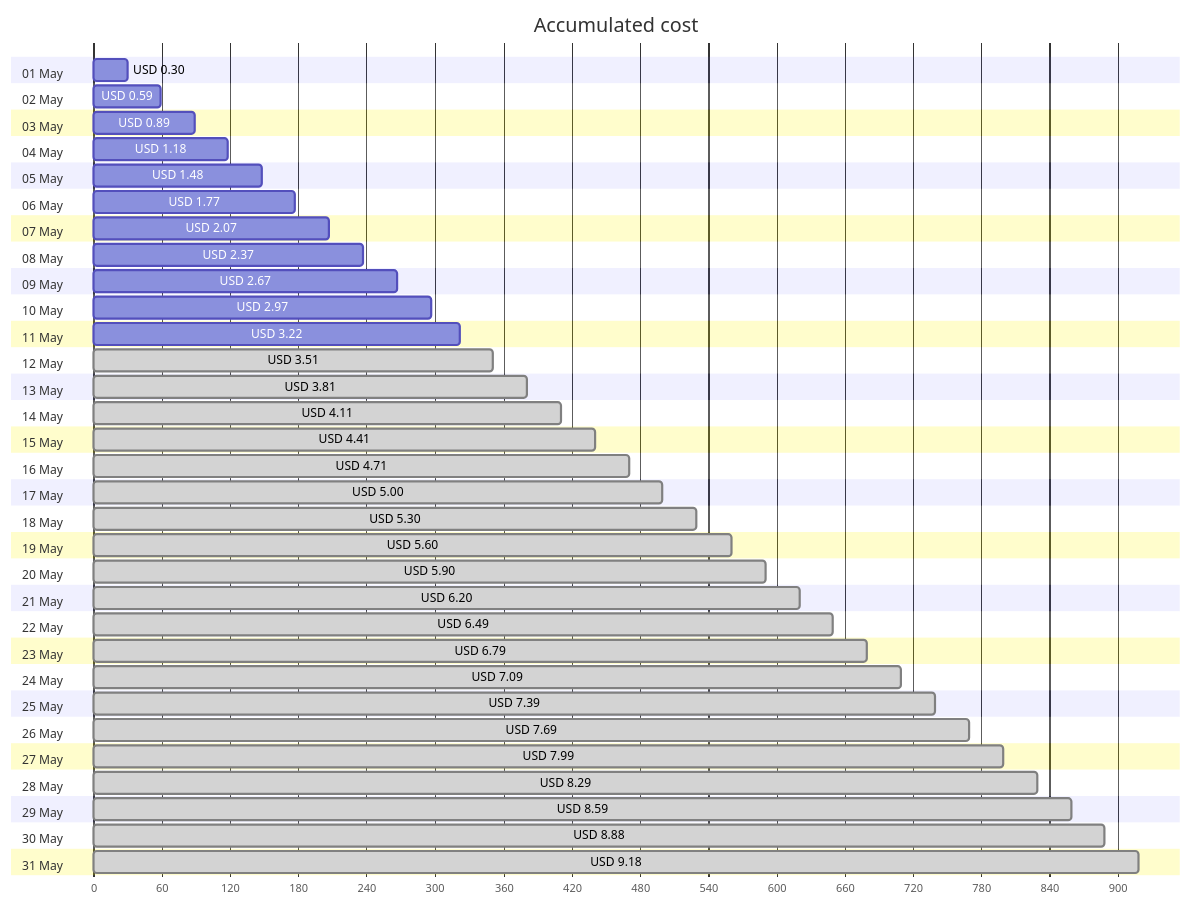
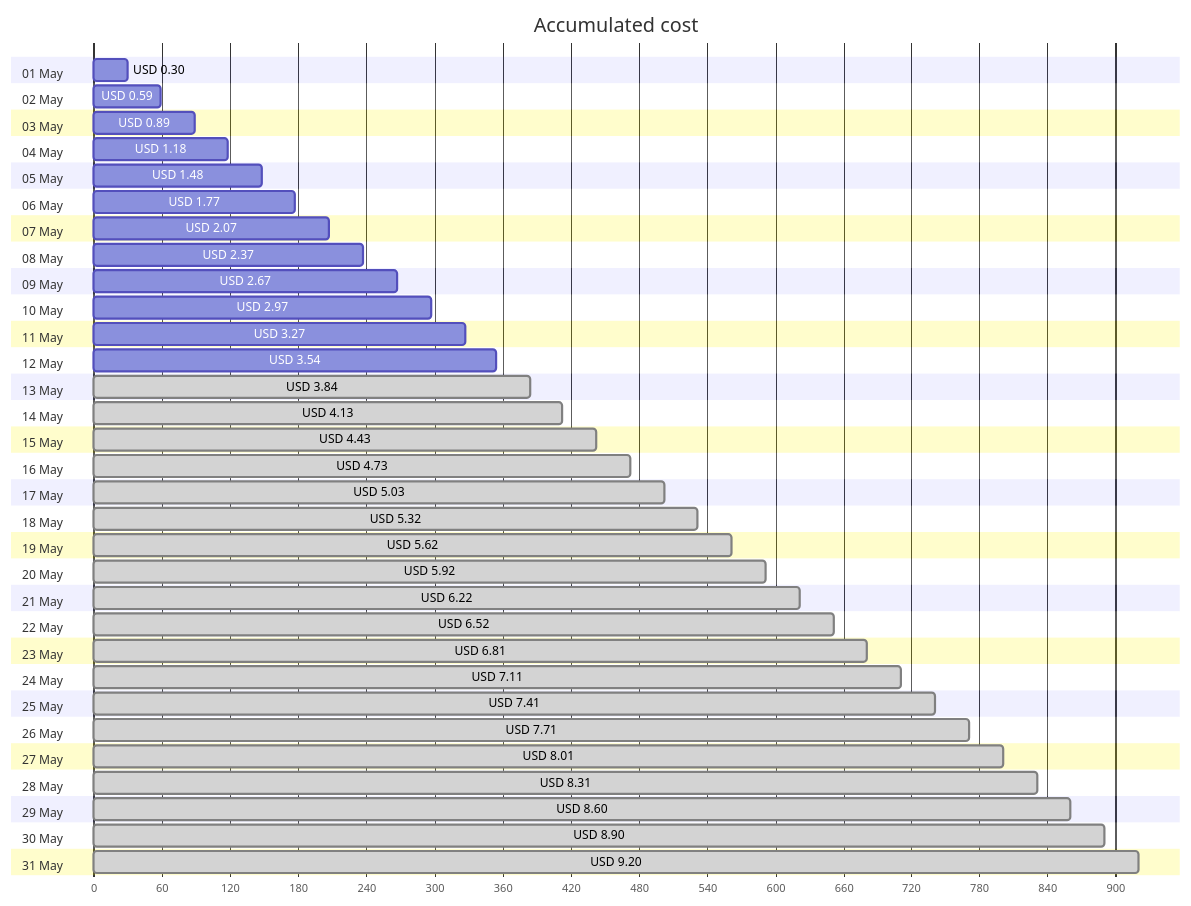
One commit to jpfulton/azure-personal-reports changed the first of 4 diagrams in cost-reports/personal-site/personal-site.md. Above: the diagram before and after it, drawn with Mermaid. The commit also changed other lines of this file and 6 other files, not shown here.

````diff
--- a/cost-reports/personal-site/personal-site.md
+++ b/cost-reports/personal-site/personal-site.md
@@ -20,68 +20,68 @@
 ```mermaid
 gantt
    title Accumulated cost
    dateFormat  X
    axisFormat %s
    section 01 May
    USD 0.30 :0, 30
    section 02 May
    USD 0.59 :0, 59
    section 03 May
    USD 0.89 :0, 89
    section 04 May
    USD 1.18 :0, 118
    section 05 May
    USD 1.48 :0, 148
    section 06 May
    USD 1.77 :0, 177
    section 07 May
    USD 2.07 :0, 207
    section 08 May
    USD 2.37 :0, 237
    section 09 May
    USD 2.67 :0, 267
    section 10 May
    USD 2.97 :0, 297
    section 11 May
-   USD 3.22 :0, 322
+   USD 3.27 :0, 327
    section 12 May
-   USD 3.51 : done, 0, 351
+   USD 3.54 :0, 354
    section 13 May
-   USD 3.81 : done, 0, 381
+   USD 3.84 : done, 0, 384
    section 14 May
-   USD 4.11 : done, 0, 411
+   USD 4.13 : done, 0, 413
    section 15 May
-   USD 4.41 : done, 0, 441
+   USD 4.43 : done, 0, 443
    section 16 May
-   USD 4.71 : done, 0, 471
+   USD 4.73 : done, 0, 473
    section 17 May
-   USD 5.00 : done, 0, 500
+   USD 5.03 : done, 0, 503
    section 18 May
-   USD 5.30 : done, 0, 530
+   USD 5.32 : done, 0, 532
    section 19 May
-   USD 5.60 : done, 0, 560
+   USD 5.62 : done, 0, 562
    section 20 May
-   USD 5.90 : done, 0, 590
+   USD 5.92 : done, 0, 592
    section 21 May
-   USD 6.20 : done, 0, 620
+   USD 6.22 : done, 0, 622
    section 22 May
-   USD 6.49 : done, 0, 649
+   USD 6.52 : done, 0, 652
    section 23 May
-   USD 6.79 : done, 0, 679
+   USD 6.81 : done, 0, 681
    section 24 May
-   USD 7.09 : done, 0, 709
+   USD 7.11 : done, 0, 711
    section 25 May
-   USD 7.39 : done, 0, 739
+   USD 7.41 : done, 0, 741
    section 26 May
-   USD 7.69 : done, 0, 769
+   USD 7.71 : done, 0, 771
    section 27 May
-   USD 7.99 : done, 0, 799
+   USD 8.01 : done, 0, 801
    section 28 May
-   USD 8.29 : done, 0, 829
+   USD 8.31 : done, 0, 831
    section 29 May
-   USD 8.59 : done, 0, 859
+   USD 8.60 : done, 0, 860
    section 30 May
-   USD 8.88 : done, 0, 888
+   USD 8.90 : done, 0, 890
    section 31 May
-   USD 9.18 : done, 0, 918
+   USD 9.20 : done, 0, 920
 ```
````
